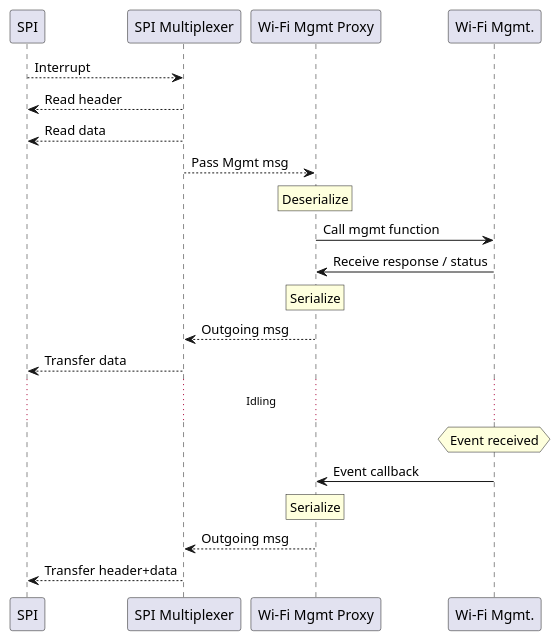
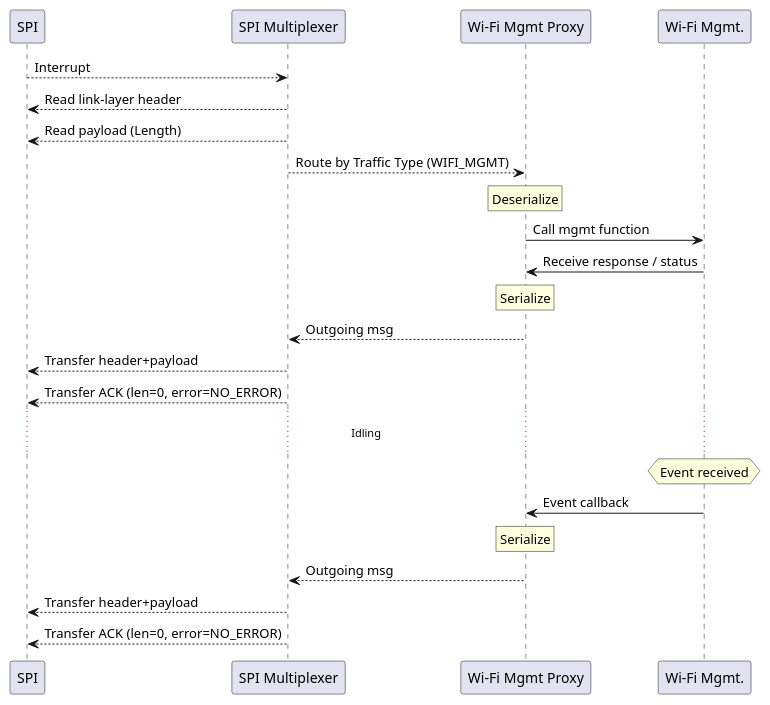
The diagram in docs/flow.puml (mjaakkol/embedded80211_serial), drawn with PlantUML before and after one commit. The commit also changed 5 other files, not shown here.

Commit message:
updated diagrams

```diff
--- a/docs/flow.puml
+++ b/docs/flow.puml
@@ -1,22 +1,24 @@
-@startuml
+@startuml flow
 participant SPI
 participant SPIM as "SPI Multiplexer"
 participant Proxy as "Wi-Fi Mgmt Proxy"
 participant WiFiM as "Wi-Fi Mgmt."
 SPI --> SPIM: Interrupt
-SPI <-- SPIM: Read header
-SPI <-- SPIM: Read data
-SPIM --> Proxy: Pass Mgmt msg
+SPI <-- SPIM: Read link-layer header
+SPI <-- SPIM: Read payload (Length)
+SPIM --> Proxy: Route by Traffic Type (WIFI_MGMT)
 rnote over Proxy: Deserialize
 Proxy -> WiFiM: Call mgmt function
 Proxy <- WiFiM: Receive response / status
 rnote over Proxy: Serialize
 Proxy --> SPIM: Outgoing msg
-SPIM --> SPI: Transfer data
+SPIM --> SPI: Transfer header+payload
+SPIM --> SPI: Transfer ACK (len=0, error=NO_ERROR)
 ... Idling ...
 hnote over WiFiM: Event received
 WiFiM -> Proxy: Event callback
 rnote over Proxy: Serialize
 Proxy --> SPIM: Outgoing msg
-SPIM --> SPI: Transfer header+data
+SPIM --> SPI: Transfer header+payload
+SPIM --> SPI: Transfer ACK (len=0, error=NO_ERROR)
 @enduml
```
